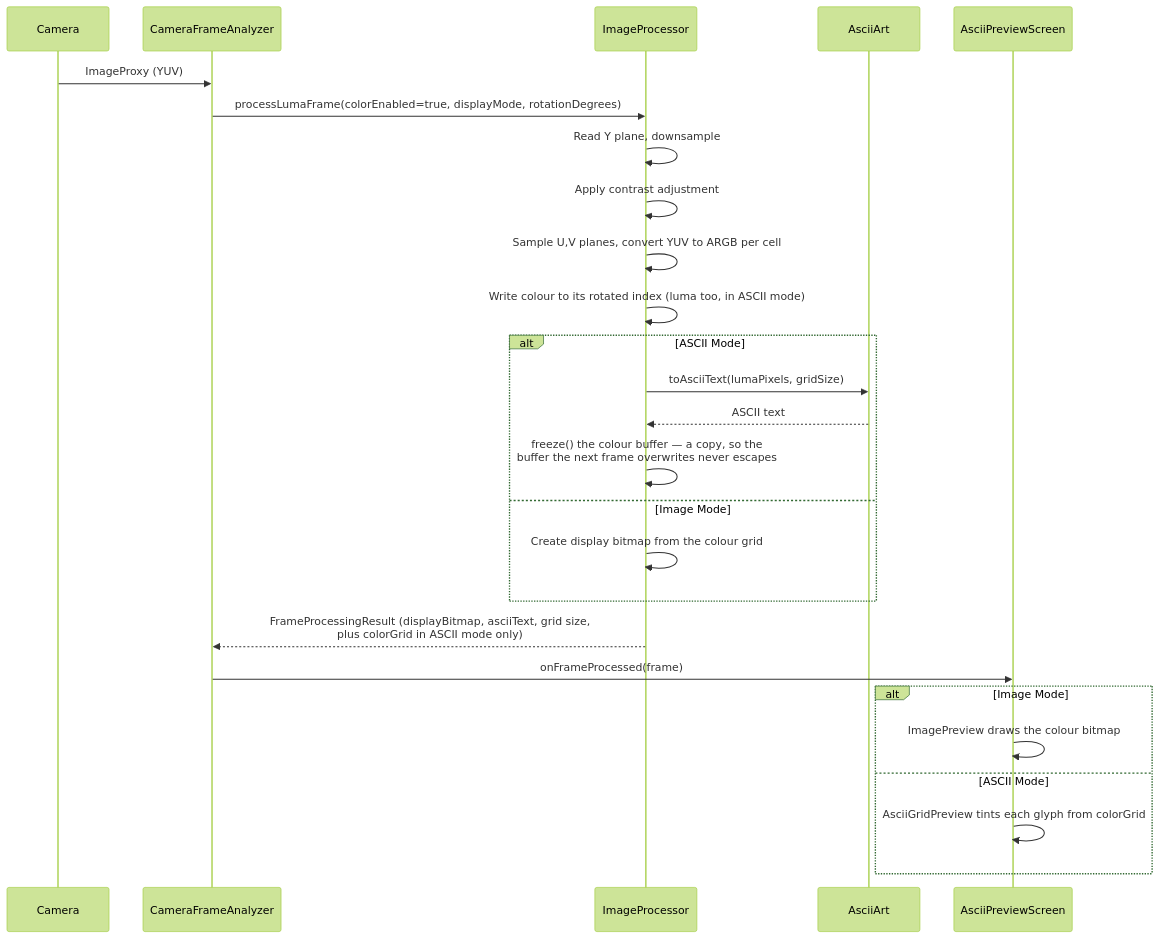
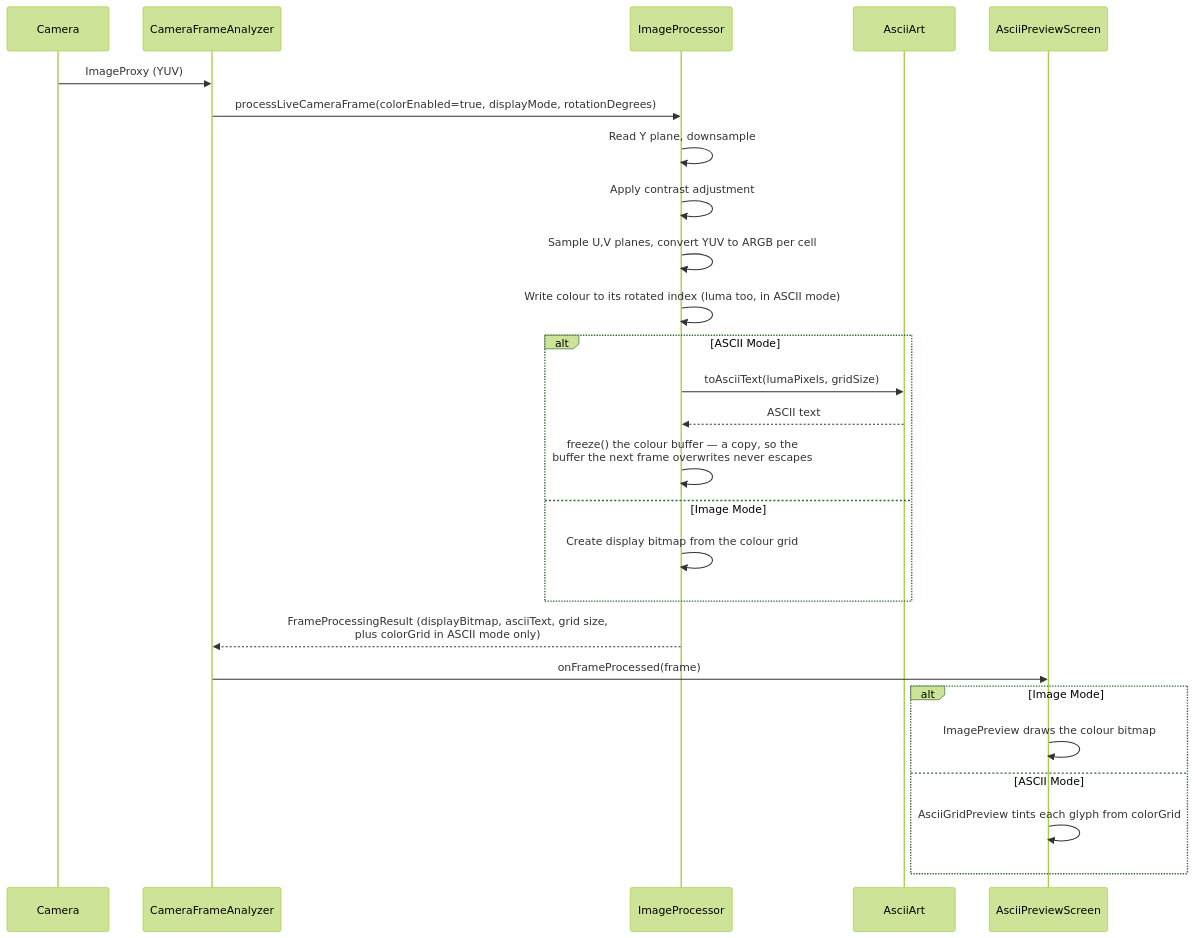
The diagram in docs/sequence-colour.mmd (replicant1/AsciiArt), drawn with Mermaid (forest theme) before and after one commit. The commit also changed 12 other files, not shown here.

```diff
--- a/docs/sequence-colour.mmd
+++ b/docs/sequence-colour.mmd
@@ -1,27 +1,27 @@
 sequenceDiagram
     participant Camera
     participant CFA as CameraFrameAnalyzer
     participant IP as ImageProcessor
     participant AA as AsciiArt
     participant UI as AsciiPreviewScreen
 
     Camera->>CFA: ImageProxy (YUV)
-    CFA->>IP: processLumaFrame(colorEnabled=true, displayMode, rotationDegrees)
+    CFA->>IP: processLiveCameraFrame(colorEnabled=true, displayMode, rotationDegrees)
     IP->>IP: Read Y plane, downsample
     IP->>IP: Apply contrast adjustment
     IP->>IP: Sample U,V planes, convert YUV to ARGB per cell
     IP->>IP: Write colour to its rotated index (luma too, in ASCII mode)
     alt ASCII Mode
         IP->>AA: toAsciiText(lumaPixels, gridSize)
         AA-->>IP: ASCII text
         IP->>IP: freeze() the colour buffer — a copy, so the<br/>buffer the next frame overwrites never escapes
     else Image Mode
         IP->>IP: Create display bitmap from the colour grid
     end
     IP-->>CFA: FrameProcessingResult (displayBitmap, asciiText, grid size,<br/>plus colorGrid in ASCII mode only)
     CFA->>UI: onFrameProcessed(frame)
     alt Image Mode
         UI->>UI: ImagePreview draws the colour bitmap
     else ASCII Mode
         UI->>UI: AsciiGridPreview tints each glyph from colorGrid
     end
```
